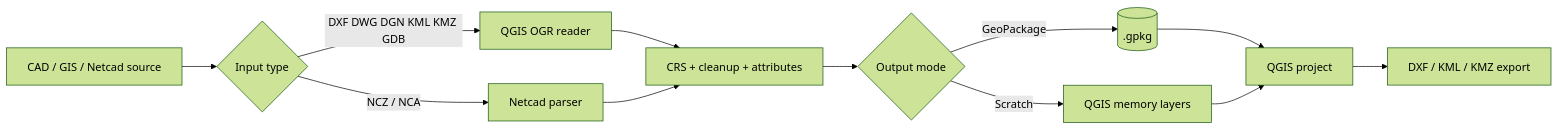
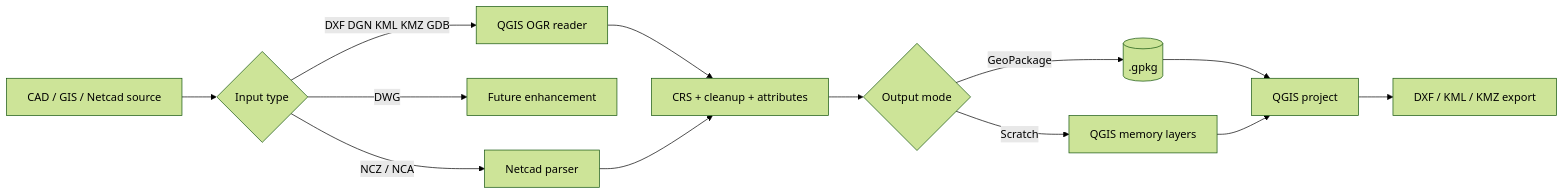
One commit to YusufEminoglu/zero2cadgis changed the diagram in README.md. Above: the diagram before and after it, drawn with Mermaid (forest theme). The commit also changed other lines of this file and 3 other files, not shown here.

````diff
--- a/README.md
+++ b/README.md
@@ -60,14 +61,15 @@
 ```mermaid
 flowchart LR
   A[CAD / GIS / Netcad source] --> B{Input type}
-  B -->|DXF DWG DGN KML KMZ GDB| C[QGIS OGR reader]
+  B -->|DXF DGN KML KMZ GDB| C[QGIS OGR reader]
+  B -->|DWG| X[Future enhancement]
   B -->|NCZ / NCA| D[Netcad parser]
   C --> E[CRS + cleanup + attributes]
   D --> E
   E --> F{Output mode}
   F -->|GeoPackage| G[(.gpkg)]
   F -->|Scratch| H[QGIS memory layers]
   G --> I[QGIS project]
   H --> I
   I --> J[DXF / KML / KMZ export]
 ```
````
